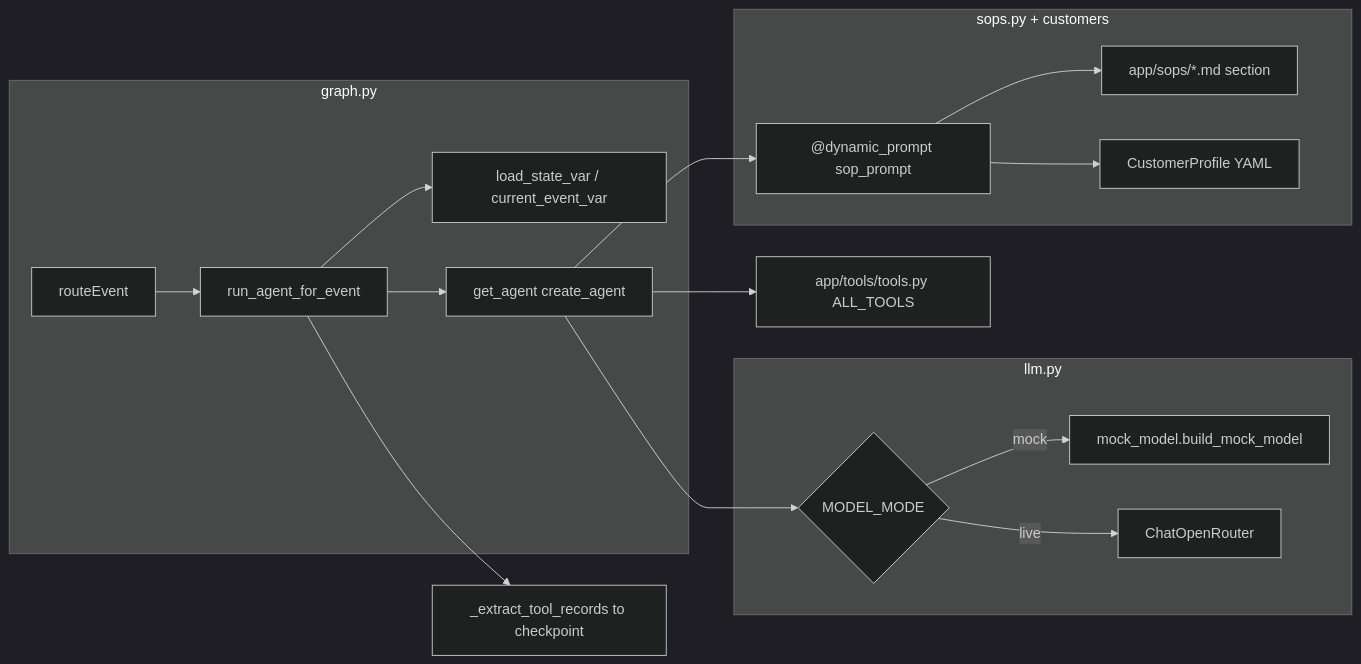
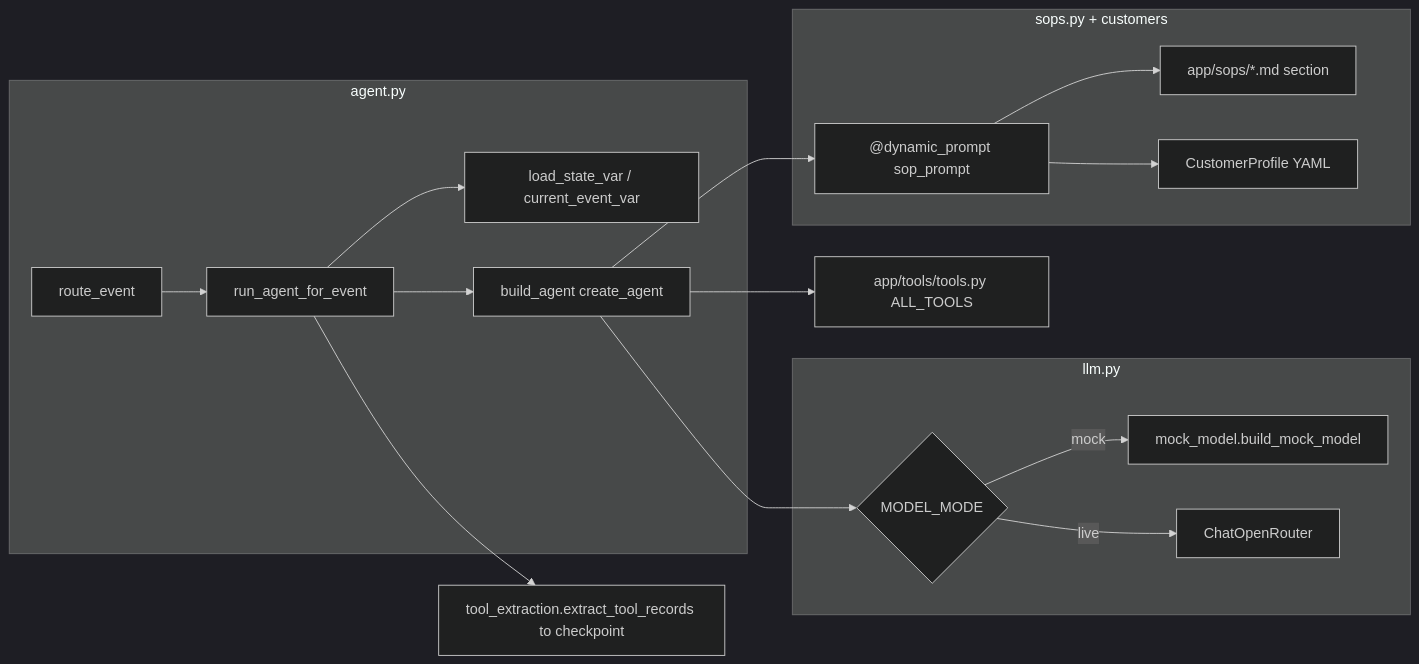
Before and after one commit to agualbbus/fh-challenge: the third of 3 diagrams in app/worker/CLAUDE.md, drawn with Mermaid (dark theme). The commit also changed other lines of this file and 6 other files, not shown here.

First line of the commit message:
Implement agent architecture and update documentation

````diff
--- a/app/worker/CLAUDE.md
+++ b/app/worker/CLAUDE.md
@@ -96,20 +96,20 @@
 ```mermaid
 flowchart LR
-    subgraph graphLayer [graph.py]
-        routeEvent --> runAgent["run_agent_for_event"]
+    subgraph agentLayer [agent.py]
+        routeEvent["route_event"] --> runAgent["run_agent_for_event"]
         runAgent --> ctxVars["load_state_var / current_event_var"]
-        runAgent --> getAgent["get_agent create_agent"]
+        runAgent --> buildAgent["build_agent create_agent"]
     end
     subgraph llmLayer [llm.py]
-        getAgent --> modeCheck{MODEL_MODE}
+        buildAgent --> modeCheck{MODEL_MODE}
         modeCheck -->|mock| mockModel["mock_model.build_mock_model"]
         modeCheck -->|live| openRouter["ChatOpenRouter"]
     end
     subgraph promptLayer [sops.py + customers]
-        getAgent --> sopPrompt["@dynamic_prompt sop_prompt"]
+        buildAgent --> sopPrompt["@dynamic_prompt sop_prompt"]
         sopPrompt --> sopFile["app/sops/*.md section"]
         sopPrompt --> profile["CustomerProfile YAML"]
     end
-    getAgent --> tools["app/tools/tools.py ALL_TOOLS"]
-    runAgent --> extract["_extract_tool_records to checkpoint"]
+    buildAgent --> tools["app/tools/tools.py ALL_TOOLS"]
+    runAgent --> extract["tool_extraction.extract_tool_records to checkpoint"]
 ```
````
